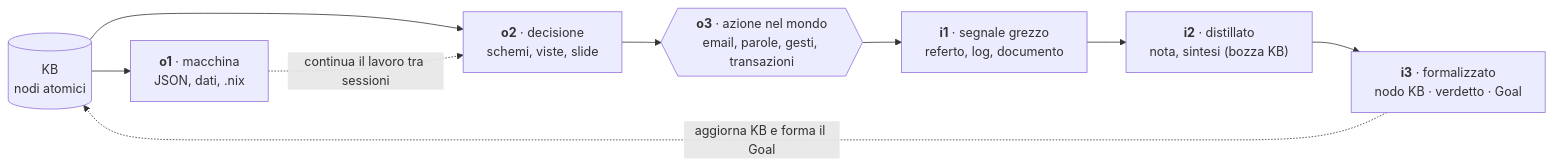
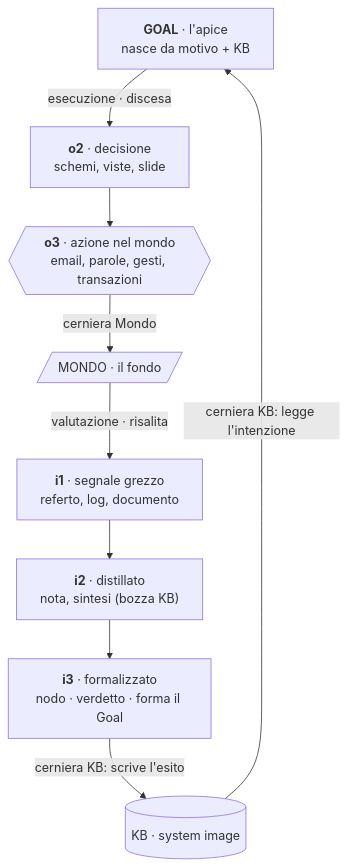
Before and after one commit to steledama/method: the third of 8 diagrams in presentazione/metodo-in-sintesi.md, drawn with Mermaid. The commit also changed other lines of this file and 2 other files, not shown here.

First line of the commit message:
docs(presentazione): riallinea l'o2 alla rifondazione — da 5 a 8 diagrammi

````diff
--- a/presentazione/metodo-in-sintesi.md
+++ b/presentazione/metodo-in-sintesi.md
@@ -31,18 +53,20 @@
 ```mermaid
-flowchart LR
-    KB[("KB<br/>nodi atomici")]
-    o1["<b>o1</b> · macchina<br/>JSON, dati, .nix"]
+flowchart TB
+    GOAL["<b>GOAL</b> · l'apice<br/>nasce da motivo + KB"]
+    KB[("KB · system image")]
     o2["<b>o2</b> · decisione<br/>schemi, viste, slide"]
     o3{{"<b>o3</b> · azione nel mondo<br/>email, parole, gesti, transazioni"}}
+    MONDO[/"MONDO · il fondo"/]
     i1["<b>i1</b> · segnale grezzo<br/>referto, log, documento"]
     i2["<b>i2</b> · distillato<br/>nota, sintesi (bozza KB)"]
-    i3["<b>i3</b> · formalizzato<br/>nodo KB · verdetto · Goal"]
-    KB --> o1
-    KB --> o2
+    i3["<b>i3</b> · formalizzato<br/>nodo · verdetto · forma il Goal"]
+
+    KB -->|cerniera KB: legge l'intenzione| GOAL
+    GOAL -->|esecuzione · discesa| o2
     o2 --> o3
-    o1 -.->|continua il lavoro tra sessioni| o2
-    o3 --> i1
+    o3 -->|cerniera Mondo| MONDO
+    MONDO -->|valutazione · risalita| i1
     i1 --> i2
     i2 --> i3
-    i3 -.->|aggiorna KB e forma il Goal| KB
+    i3 -->|cerniera KB: scrive l'esito| KB
 ```
````
